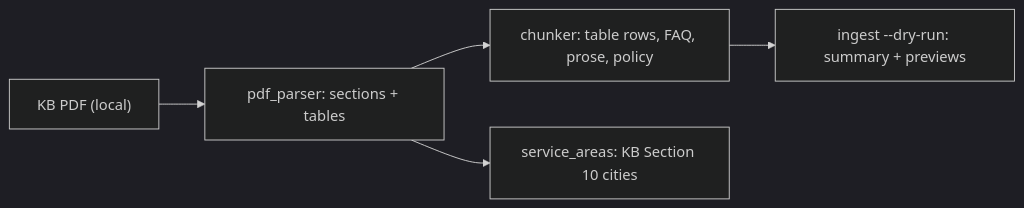
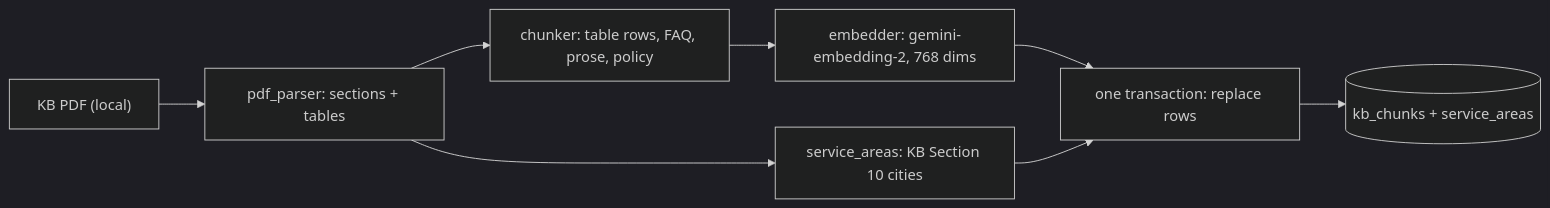
One commit to AdithyaChauhan/vantis-sales-agent changed the second of 3 diagrams in docs/ARCHITECTURE.md. Above: the diagram before and after it, drawn with Mermaid (dark theme). The commit also changed other lines of this file and 22 other files, not shown here.

````diff
--- a/docs/ARCHITECTURE.md
+++ b/docs/ARCHITECTURE.md
@@ -29,7 +35,10 @@
 ```mermaid
 flowchart LR
   pdf["KB PDF (local)"] --> parse["pdf_parser: sections + tables"]
   parse --> chunk["chunker: table rows, FAQ, prose, policy"]
   parse --> areas["service_areas: KB Section 10 cities"]
-  chunk --> dry["ingest --dry-run: summary + previews"]
+  chunk --> embed["embedder: gemini-embedding-2, 768 dims"]
+  embed --> tx["one transaction: replace rows"]
+  areas --> tx
+  tx --> db[("kb_chunks + service_areas")]
 ```
````
